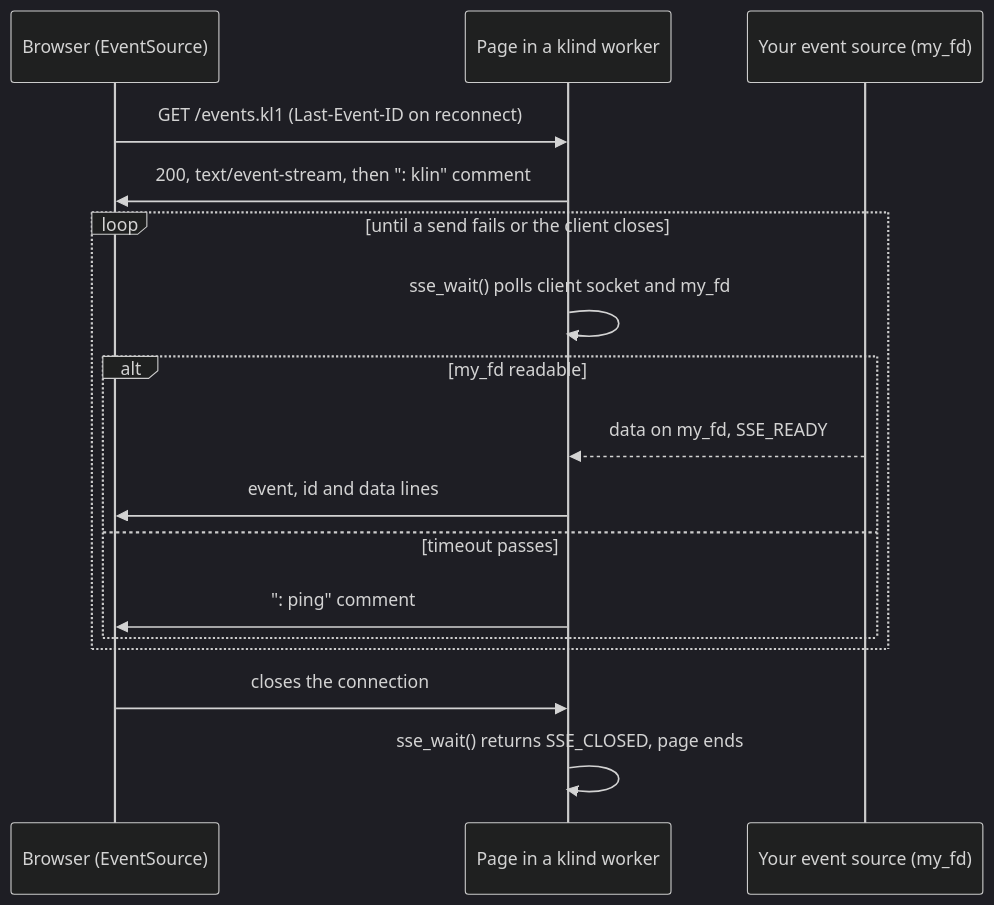
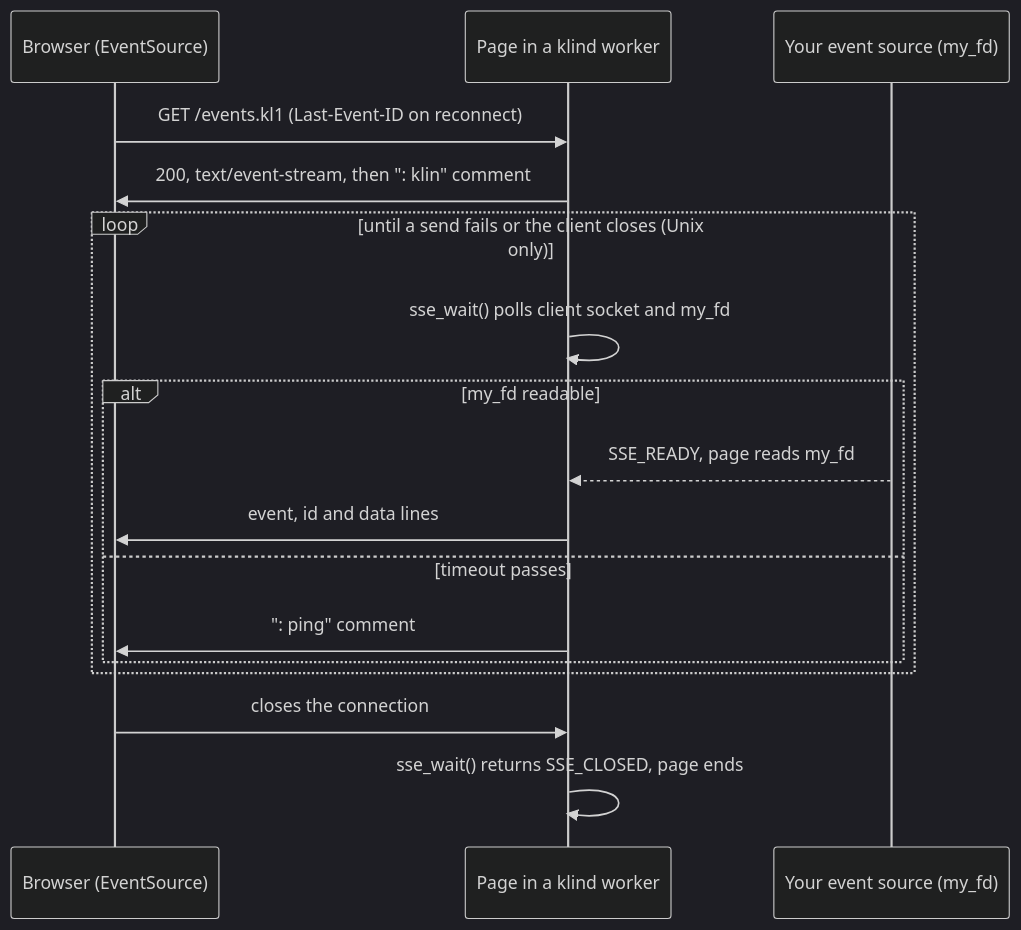
One commit to DanielTillett/klin changed the diagram in doc/SSE.md. Above: the diagram before and after it, drawn with Mermaid (dark theme). The commit also changed other lines of this file and 20 other files, not shown here.

````diff
--- a/doc/SSE.md
+++ b/doc/SSE.md
@@ -40,19 +61,19 @@
 ```mermaid
 sequenceDiagram
     participant B as Browser (EventSource)
     participant P as Page in a klind worker
     participant S as Your event source (my_fd)
     B->>P: GET /events.kl1 (Last-Event-ID on reconnect)
     P->>B: 200, text/event-stream, then ": klin" comment
-    loop until a send fails or the client closes
+    loop until a send fails or the client closes (Unix only)
         P->>P: sse_wait() polls client socket and my_fd
         alt my_fd readable
-            S-->>P: data on my_fd, SSE_READY
+            S-->>P: SSE_READY, page reads my_fd
             P->>B: event, id and data lines
         else timeout passes
             P->>B: ": ping" comment
         end
     end
     B->>P: closes the connection
     P->>P: sse_wait() returns SSE_CLOSED, page ends
 ```
````
